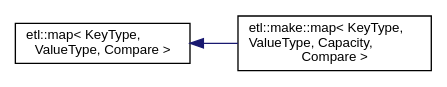
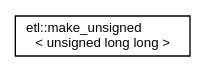
Before and after one commit to tobanteAudio/taetl: the diagram in inherit_graph_56.dot, drawn with Graphviz. The commit also changed 162 other files, not shown here.

```diff
--- a/inherit_graph_56.dot
+++ b/inherit_graph_56.dot
@@ -1,9 +1,7 @@
 digraph "Graphical Class Hierarchy"
 {
   edge [fontname="Helvetica",fontsize="10",labelfontname="Helvetica",labelfontsize="10"];
   node [fontname="Helvetica",fontsize="10",shape=record];
   rankdir="LR";
-  Node0 [label="etl::map\< KeyType,\l ValueType, Compare \>",height=0.2,width=0.4,color="black", fillcolor="white", style="filled",URL="$classetl_1_1map.html"];
-  Node0 -> Node1 [dir="back",color="midnightblue",fontsize="10",style="solid",fontname="Helvetica"];
-  Node1 [label="etl::make::map\< KeyType,\l ValueType, Capacity,\l Compare \>",height=0.2,width=0.4,color="black", fillcolor="white", style="filled",URL="$classetl_1_1make_1_1map.html"];
+  Node0 [label="etl::make_unsigned\l\< unsigned long long \>",height=0.2,width=0.4,color="black", fillcolor="white", style="filled",URL="$structetl_1_1make__unsigned_3_01unsigned_01long_01long_01_4.html"];
 }
```
